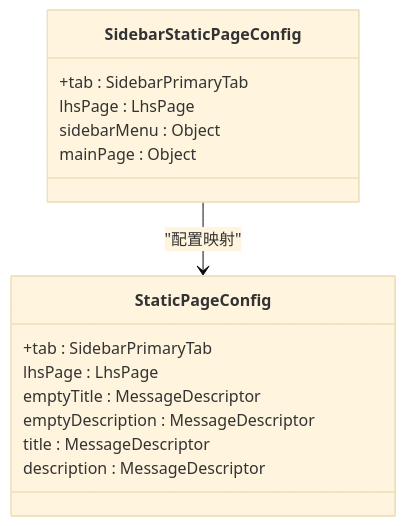
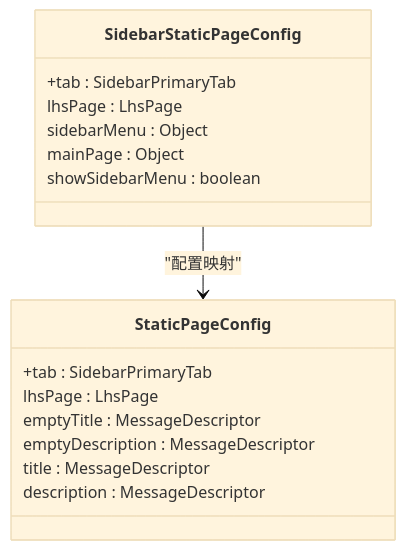
The fifth of 11 diagrams in .qoder/repowiki/zh/content/前端开发/组件开发指南/组件开发指南.md (frankMa-1993/mattermost), drawn with Mermaid (base theme) before and after one commit. The commit also changed other lines of this file and 11 other files, not shown here.

````diff
--- a/.qoder/repowiki/zh/content/前端开发/组件开发指南/组件开发指南.md
+++ b/.qoder/repowiki/zh/content/前端开发/组件开发指南/组件开发指南.md
@@ -254,18 +266,19 @@
 ```mermaid
 classDiagram
 class SidebarStaticPageConfig {
 +tab : SidebarPrimaryTab
 lhsPage : LhsPage
 sidebarMenu : Object
 mainPage : Object
+showSidebarMenu : boolean
 }
 class StaticPageConfig {
 +tab : SidebarPrimaryTab
 lhsPage : LhsPage
 emptyTitle : MessageDescriptor
 emptyDescription : MessageDescriptor
 title : MessageDescriptor
 description : MessageDescriptor
 }
 SidebarStaticPageConfig --> StaticPageConfig : "配置映射"
 ```
````
